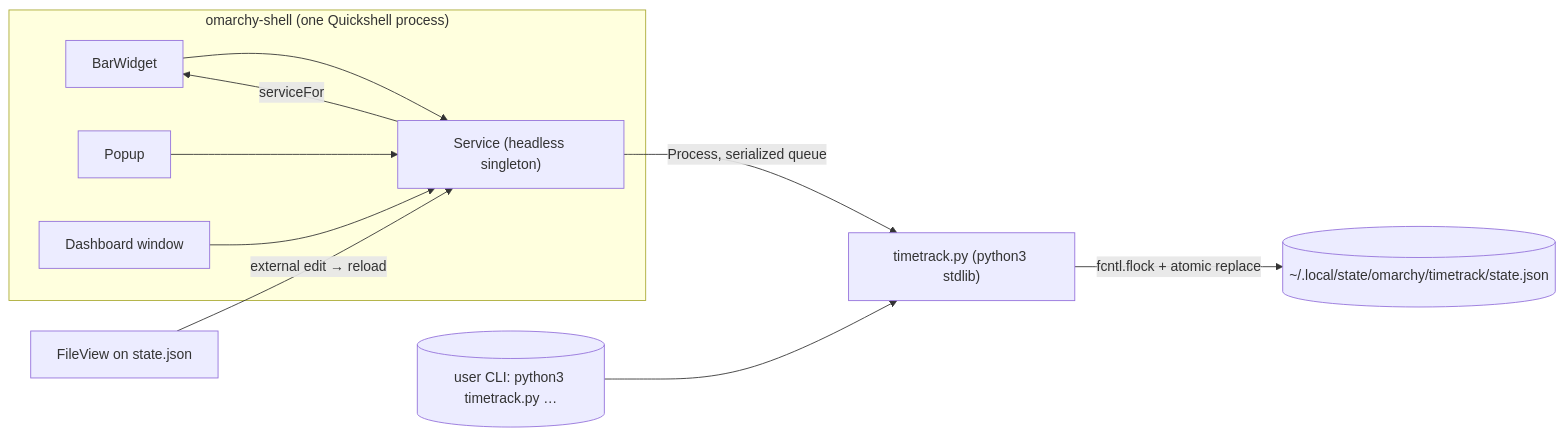
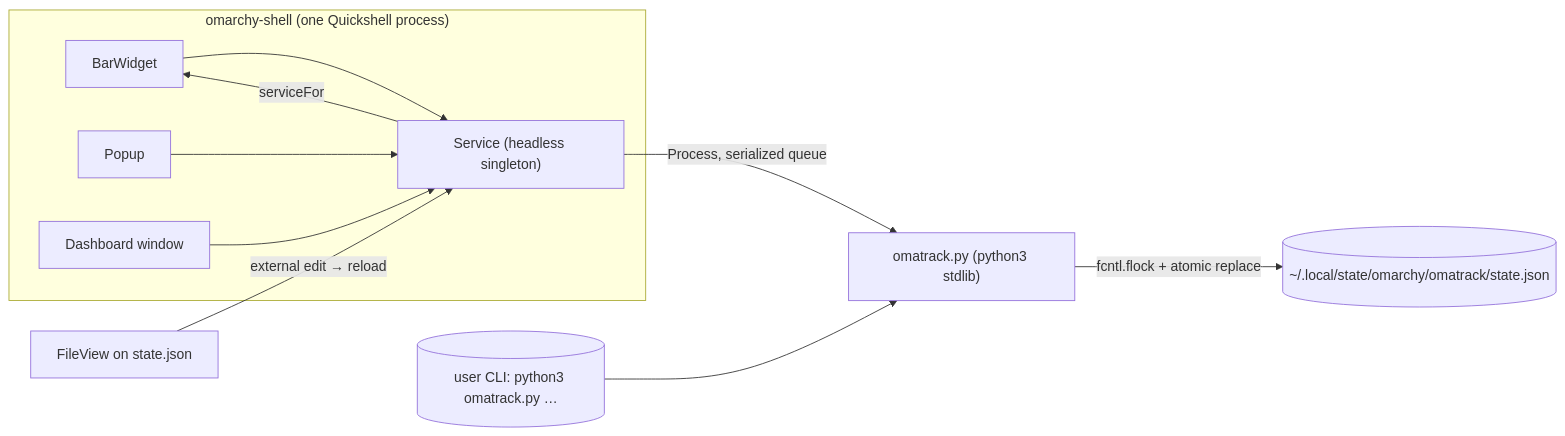
The diagram in docs/architecture.md (Sh1d0w/omatrack), drawn with Mermaid before and after one commit. The commit also changed other lines of this file and 12 other files, not shown here.

First line of the commit message:
refactor!: rename remaining timetrack identifiers to omatrack

````diff
--- a/docs/architecture.md
+++ b/docs/architecture.md
@@ -9,13 +9,13 @@
 ```mermaid
 flowchart LR
   subgraph shell["omarchy-shell (one Quickshell process)"]
     B[BarWidget] --> S["Service (headless singleton)"]
     P[Popup] --> S
     D[Dashboard window] --> S
     S -->|serviceFor| B
   end
-  S -->|Process, serialized queue| H["timetrack.py (python3 stdlib)"]
-  H -->|fcntl.flock + atomic replace| F[("~/.local/state/omarchy/timetrack/state.json")]
-  CLI[("user CLI: python3 timetrack.py …")] --> H
+  S -->|Process, serialized queue| H["omatrack.py (python3 stdlib)"]
+  H -->|fcntl.flock + atomic replace| F[("~/.local/state/omarchy/omatrack/state.json")]
+  CLI[("user CLI: python3 omatrack.py …")] --> H
   FV[FileView on state.json] -->|external edit → reload| S
 ```
````
